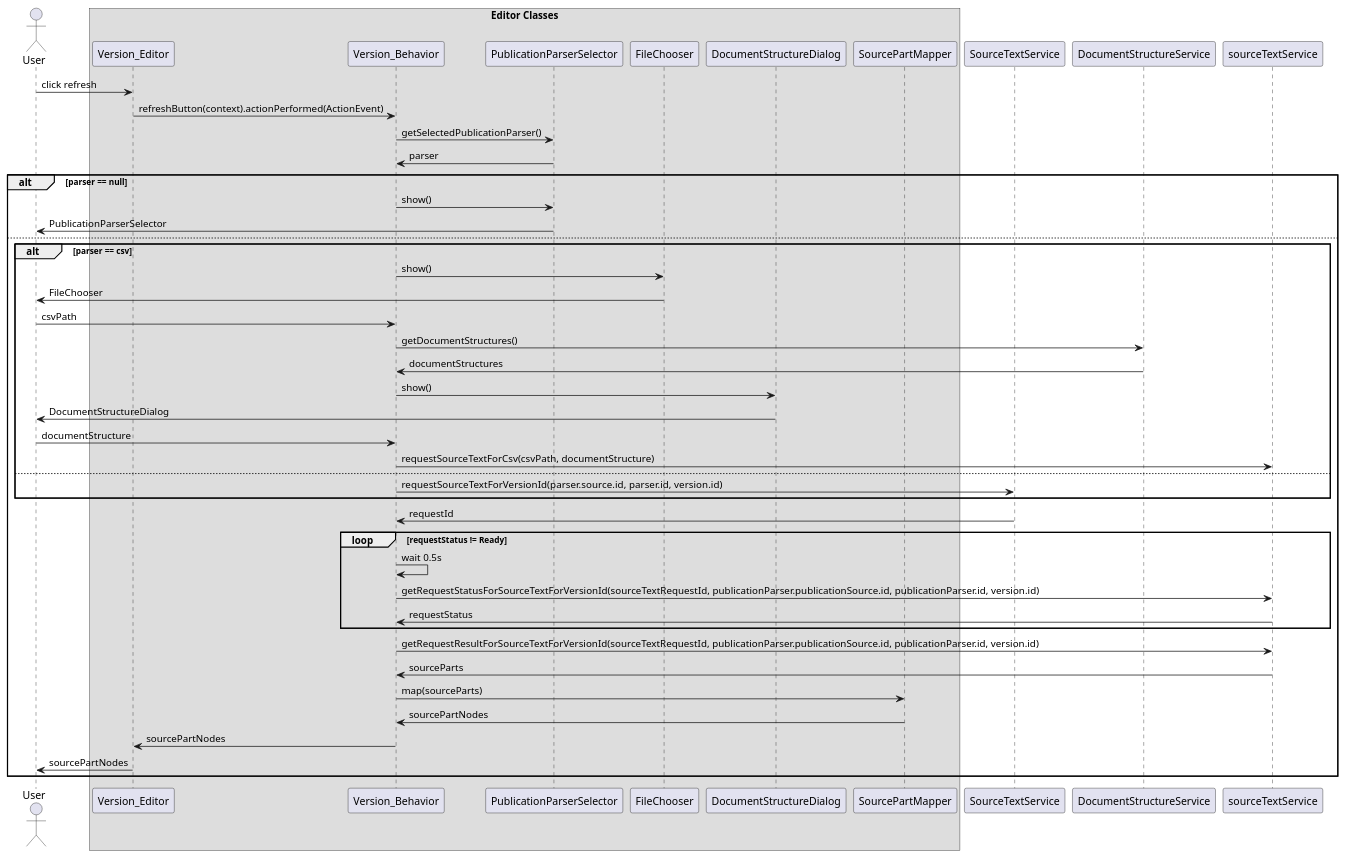
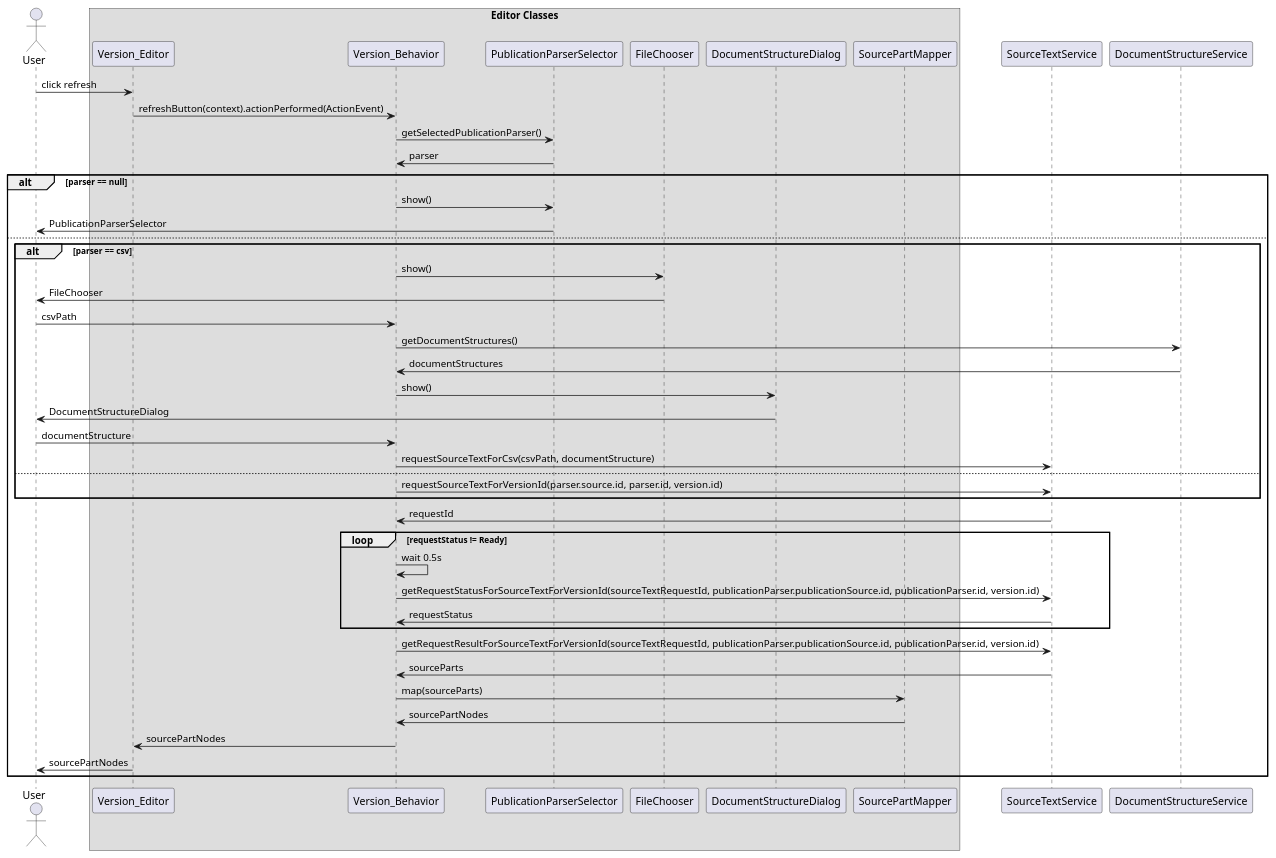
Before and after one commit to discipl/flinteditor-mps: the diagram in docs/diagrams/sequence/editor-version-content-import.puml, drawn with PlantUML. The commit also changed 3 other files, not shown here.

Commit message:
Fixed editor-version uml and added opening-act uml

```diff
--- a/docs/diagrams/sequence/editor-version-content-import.puml
+++ b/docs/diagrams/sequence/editor-version-content-import.puml
@@ -1,48 +1,48 @@
 @startuml
 actor User as user
 box Editor Classes
 participant Version_Editor as editor
 participant Version_Behavior as behavior
 participant PublicationParserSelector as selparser
 participant FileChooser as fchoser
 participant DocumentStructureDialog as dsdialog
 participant SourcePartMapper as spmapper
 end box
 participant SourceTextService as stservice
 participant DocumentStructureService as dsservice
 
 user -> editor : click refresh
 editor -> behavior :refreshButton(context).actionPerformed(ActionEvent)
 behavior -> selparser : getSelectedPublicationParser()
 selparser -> behavior : parser
 alt parser == null
 behavior -> selparser : show()
 selparser -> user : PublicationParserSelector
 else
 alt parser == csv
 behavior -> fchoser : show()
 fchoser -> user : FileChooser
 user ->behavior : csvPath
 behavior -> dsservice : getDocumentStructures()
 dsservice -> behavior : documentStructures
 behavior -> dsdialog : show()
 dsdialog -> user : DocumentStructureDialog
 user -> behavior : documentStructure
-behavior -> sourceTextService : requestSourceTextForCsv(csvPath, documentStructure)
+behavior -> stservice : requestSourceTextForCsv(csvPath, documentStructure)
 else
 behavior -> stservice: requestSourceTextForVersionId(parser.source.id, parser.id, version.id)
 end
 stservice -> behavior: requestId
     loop requestStatus != Ready
         behavior -> behavior : wait 0.5s
-        behavior -> sourceTextService : getRequestStatusForSourceTextForVersionId(sourceTextRequestId, publicationParser.publicationSource.id, publicationParser.id, version.id)
-        sourceTextService -> behavior : requestStatus
+        behavior -> stservice : getRequestStatusForSourceTextForVersionId(sourceTextRequestId, publicationParser.publicationSource.id, publicationParser.id, version.id)
+        stservice -> behavior : requestStatus
     end
-behavior -> sourceTextService : getRequestResultForSourceTextForVersionId(sourceTextRequestId, publicationParser.publicationSource.id, publicationParser.id, version.id)
-sourceTextService -> behavior : sourceParts
+behavior -> stservice : getRequestResultForSourceTextForVersionId(sourceTextRequestId, publicationParser.publicationSource.id, publicationParser.id, version.id)
+stservice -> behavior : sourceParts
 behavior -> spmapper : map(sourceParts)
 spmapper -> behavior : sourcePartNodes
 behavior -> editor : sourcePartNodes
 editor -> user : sourcePartNodes
 end
 @enduml
```
